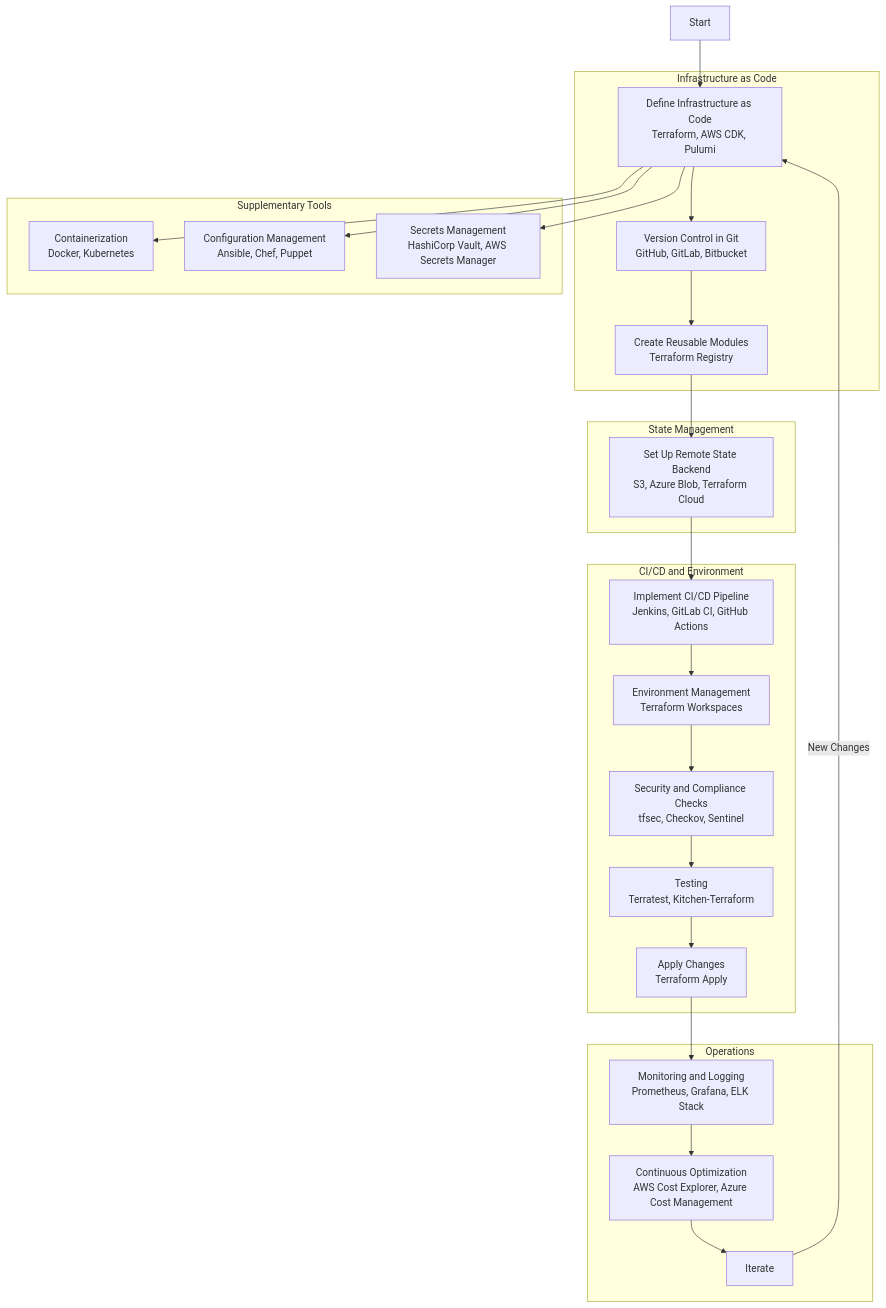
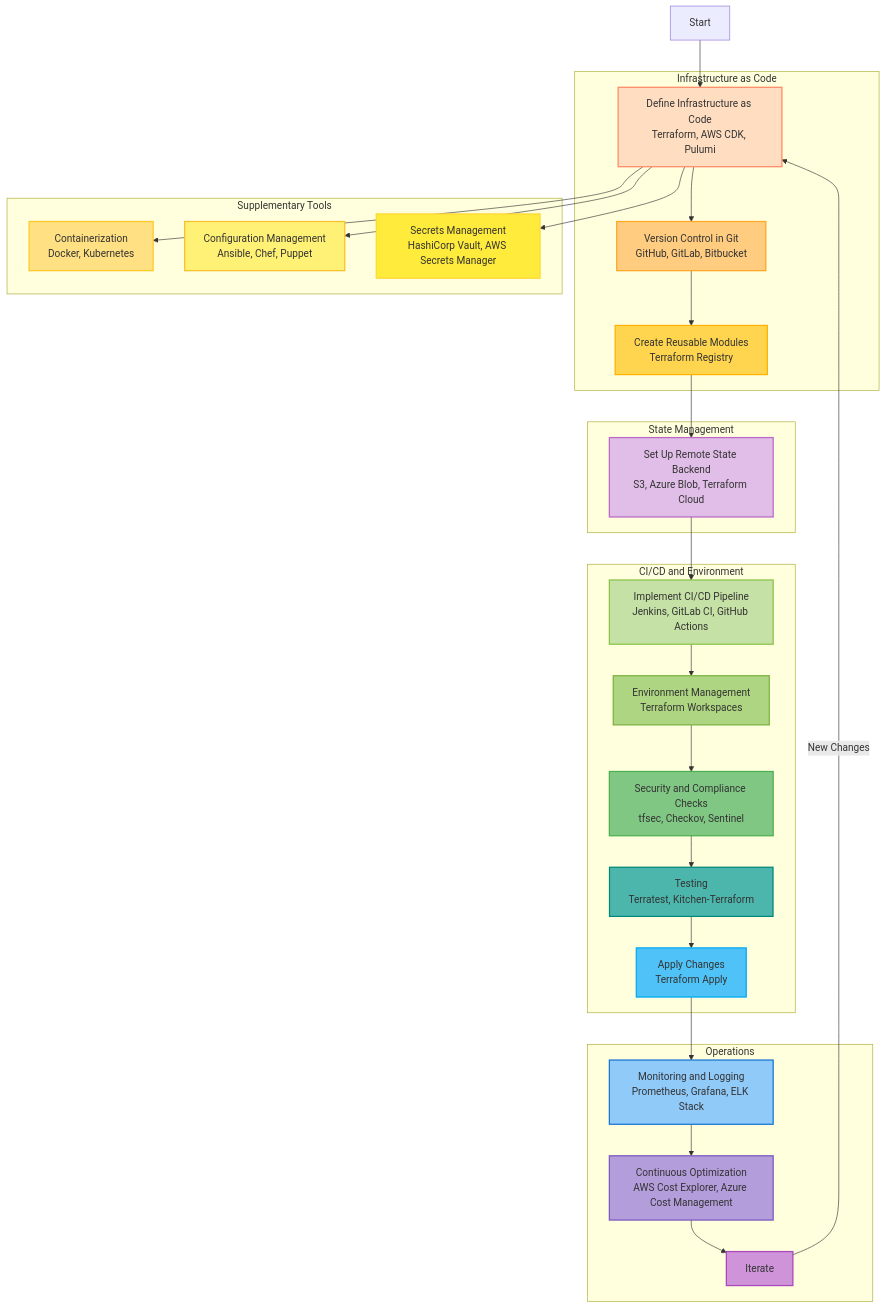
Before and after one commit to prabhic/llmtuts: the diagram in devops-terraform-workflow.md, drawn with Mermaid.

````diff
--- a/devops-terraform-workflow.md
+++ b/devops-terraform-workflow.md
@@ -1,50 +1,69 @@
 ```mermaid
 graph TD
     A[Start] --> B[Define Infrastructure as Code]
     B --> C[Version Control in Git]
     C --> D[Create Reusable Modules]
     D --> E[Set Up Remote State Backend]
     E --> F[Implement CI/CD Pipeline]
     F --> G[Environment Management]
     G --> H[Security and Compliance Checks]
     H --> I[Testing]
     I --> J[Apply Changes]
     J --> K[Monitoring and Logging]
     K --> L[Continuous Optimization]
     L --> M[Iterate]
     M -->|New Changes| B
 
     subgraph "Infrastructure as Code"
     B[Define Infrastructure as Code<br>Terraform, AWS CDK, Pulumi]
     C[Version Control in Git<br>GitHub, GitLab, Bitbucket]
     D[Create Reusable Modules<br>Terraform Registry]
     end
 
     subgraph "State Management"
     E[Set Up Remote State Backend<br>S3, Azure Blob, Terraform Cloud]
     end
 
     subgraph "CI/CD and Environment"
     F[Implement CI/CD Pipeline<br>Jenkins, GitLab CI, GitHub Actions]
     G[Environment Management<br>Terraform Workspaces]
     H[Security and Compliance Checks<br>tfsec, Checkov, Sentinel]
     I[Testing<br>Terratest, Kitchen-Terraform]
     J[Apply Changes<br>Terraform Apply]
     end
 
     subgraph "Operations"
     K[Monitoring and Logging<br>Prometheus, Grafana, ELK Stack]
     L[Continuous Optimization<br>AWS Cost Explorer, Azure Cost Management]
     M[Iterate]
     end
 
     subgraph "Supplementary Tools"
     N[Containerization<br>Docker, Kubernetes]
     O[Configuration Management<br>Ansible, Chef, Puppet]
     P[Secrets Management<br>HashiCorp Vault, AWS Secrets Manager]
     end
 
     B --> N
     B --> O
     B --> P
+
+    %% Styles for Color-Coding Sections
+    style B fill:#FFDDC1,stroke:#FF8A65,stroke-width:2px
+    style C fill:#FFCC80,stroke:#FFA726,stroke-width:2px
+    style D fill:#FFD54F,stroke:#FFB300,stroke-width:2px
+    style E fill:#E1BEE7,stroke:#BA68C8,stroke-width:2px
+    style F fill:#C5E1A5,stroke:#8BC34A,stroke-width:2px
+    style G fill:#AED581,stroke:#7CB342,stroke-width:2px
+    style H fill:#81C784,stroke:#4CAF50,stroke-width:2px
+    style I fill:#4DB6AC,stroke:#00897B,stroke-width:2px
+    style J fill:#4FC3F7,stroke:#03A9F4,stroke-width:2px
+    style K fill:#90CAF9,stroke:#1976D2,stroke-width:2px
+    style L fill:#B39DDB,stroke:#7E57C2,stroke-width:2px
+    style M fill:#CE93D8,stroke:#AB47BC,stroke-width:2px
+
+    %% Styles for Supplementary Tools Section
+    style N fill:#FFE082,stroke:#FFCA28,stroke-width:2px
+    style O fill:#FFF176,stroke:#FBC02D,stroke-width:2px
+    style P fill:#FFEB3B,stroke:#FDD835,stroke-width:2px
 ```
````
